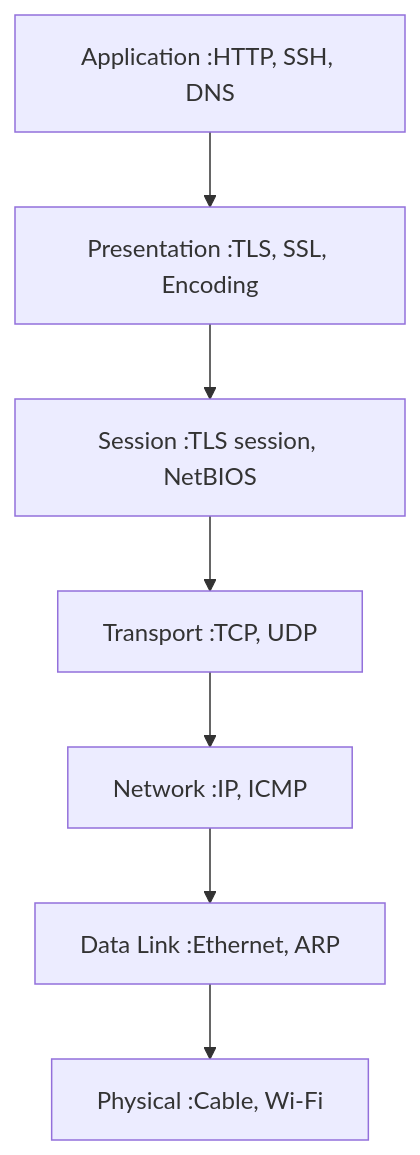
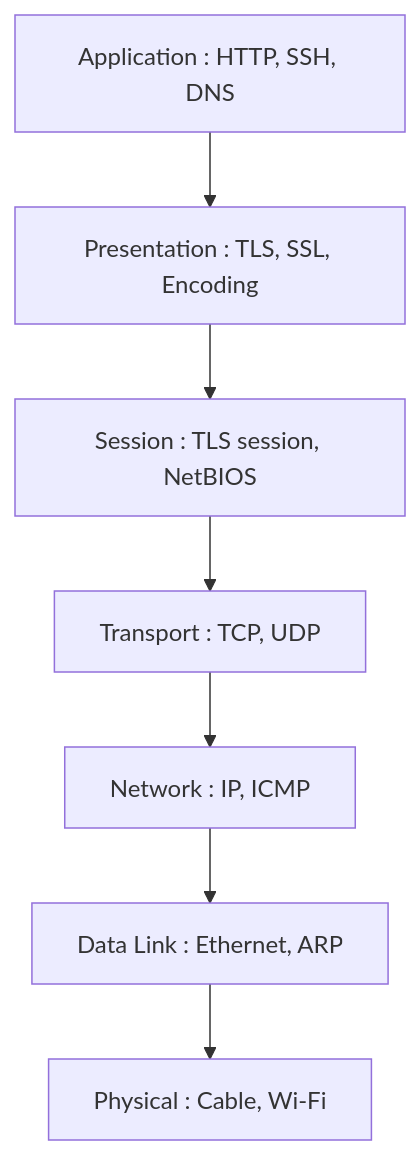
Before and after one commit to Sagar2366/LearnWithSagar: the first of 2 diagrams in DailyChallenges/Season2/Day15/challenge.md, drawn with Mermaid. The commit also changed other lines of this file, not shown here.

````diff
--- a/DailyChallenges/Season2/Day15/challenge.md
+++ b/DailyChallenges/Season2/Day15/challenge.md
@@ -56,11 +51,11 @@
 ```mermaid
 flowchart TD
-    L7[Application :HTTP, SSH, DNS]
-    L6[Presentation :TLS, SSL, Encoding]
-    L5[Session :TLS session, NetBIOS]
-    L4[Transport :TCP, UDP]
-    L3[Network :IP, ICMP]
-    L2[Data Link :Ethernet, ARP]
-    L1[Physical :Cable, Wi-Fi]
+    L7[Application : HTTP, SSH, DNS]
+    L6[Presentation : TLS, SSL, Encoding]
+    L5[Session : TLS session, NetBIOS]
+    L4[Transport : TCP, UDP]
+    L3[Network : IP, ICMP]
+    L2[Data Link : Ethernet, ARP]
+    L1[Physical : Cable, Wi-Fi]
     L7 --> L6 --> L5 --> L4 --> L3 --> L2 --> L1
 ```
````
